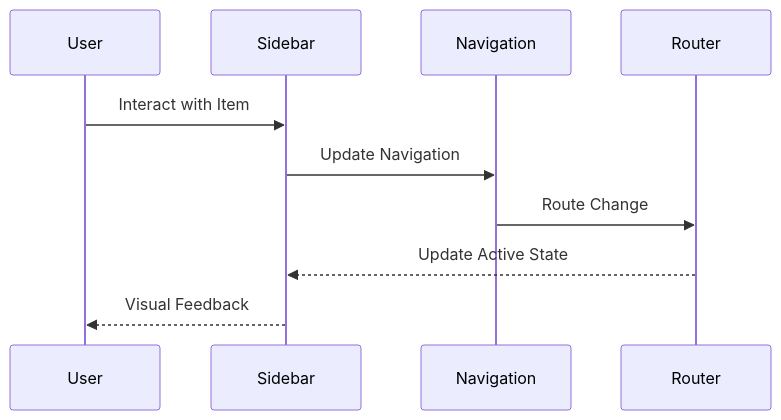
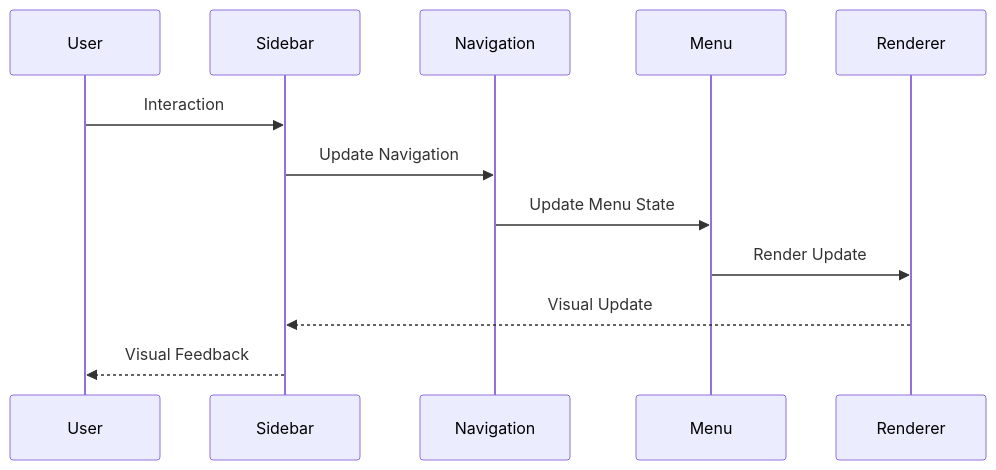
One commit to gedeza/thrive-send changed the second of 3 diagrams in DOCS/components/layout/Sidebar.md. Above: the diagram before and after it, drawn with Mermaid. The commit also changed other lines of this file and 25 other files, not shown here.

````diff
--- a/DOCS/components/layout/Sidebar.md
+++ b/DOCS/components/layout/Sidebar.md
@@ -24,13 +39,15 @@
 ```mermaid
 sequenceDiagram
     participant U as User
     participant S as Sidebar
     participant N as Navigation
-    participant R as Router
+    participant M as Menu
+    participant R as Renderer
     
-    U->>S: Interact with Item
+    U->>S: Interaction
     S->>N: Update Navigation
-    N->>R: Route Change
-    R-->>S: Update Active State
+    N->>M: Update Menu State
+    M->>R: Render Update
+    R-->>S: Visual Update
     S-->>U: Visual Feedback
 ```
````
